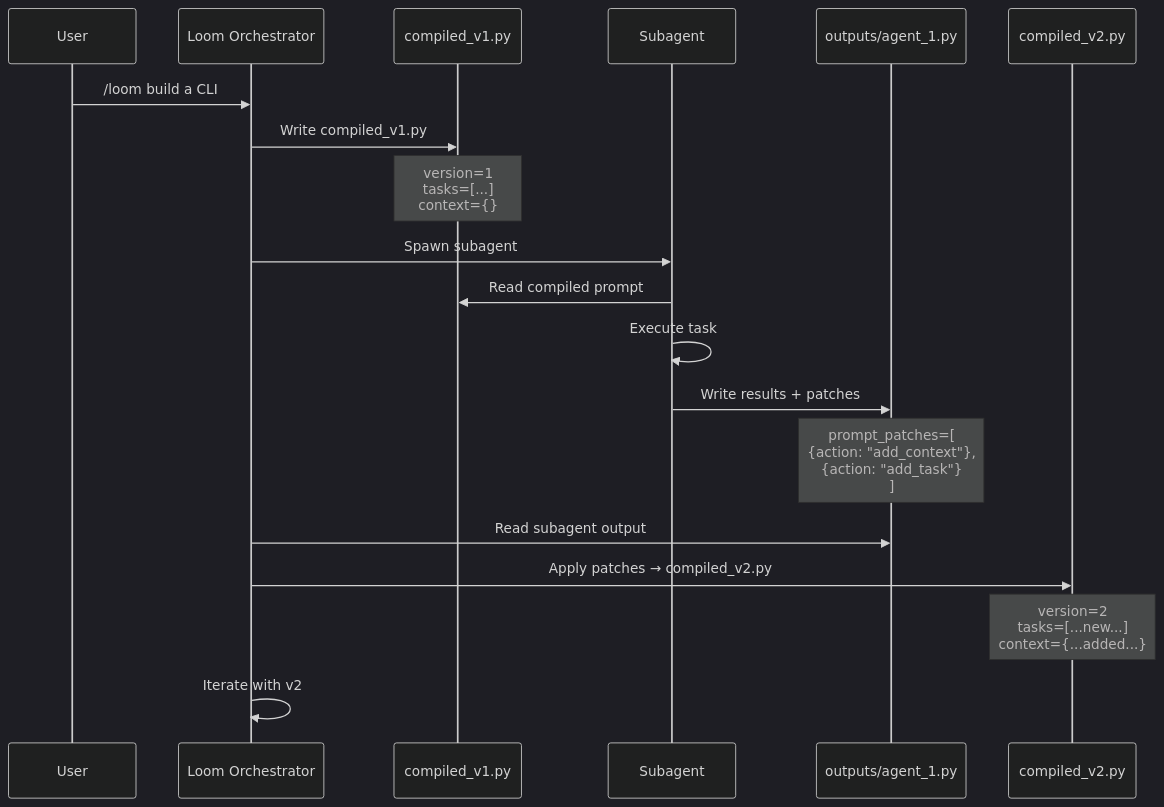
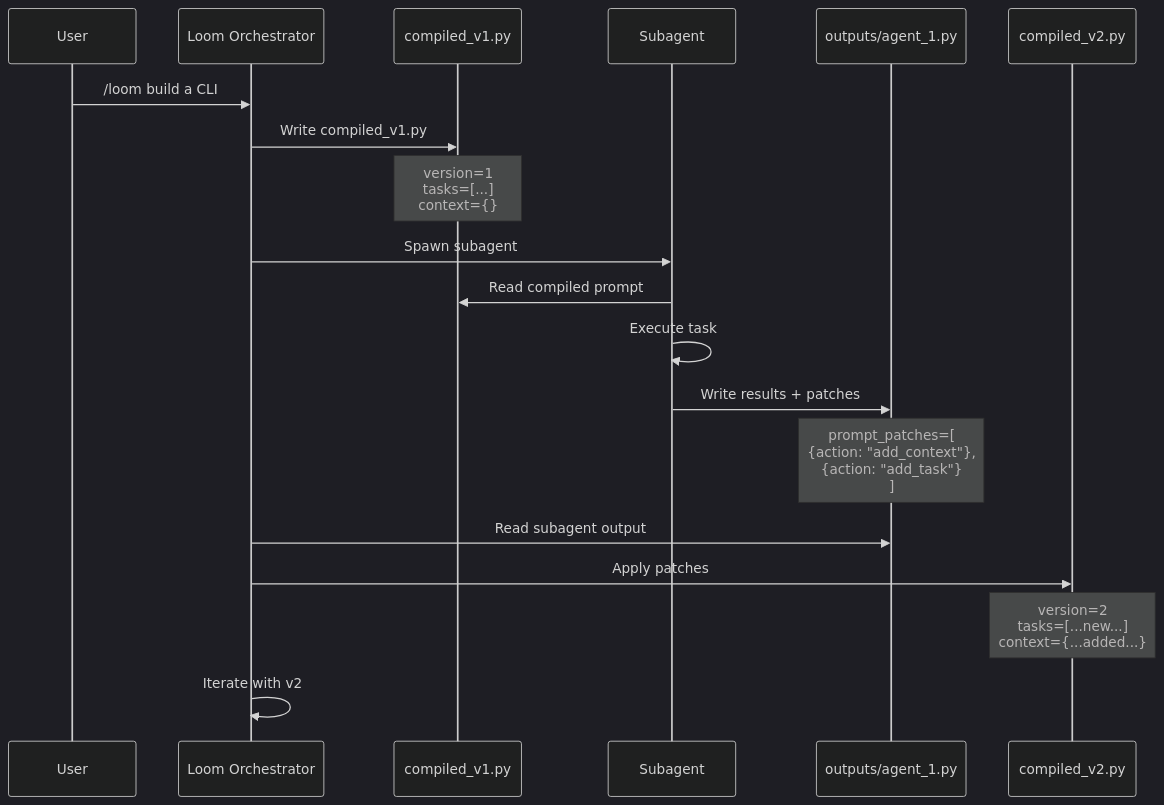
Before and after one commit to steelheadforever/Loom: the eighth of 9 diagrams in DIAGRAMS.md, drawn with Mermaid (dark theme). The commit also changed other lines of this file and 9 other files, not shown here.

````diff
--- a/DIAGRAMS.md
+++ b/DIAGRAMS.md
@@ -395,25 +327,25 @@
 ```mermaid
 sequenceDiagram
     participant U as User
     participant L as Loom Orchestrator
     participant C as compiled_v1.py
     participant S as Subagent
     participant O as outputs/agent_1.py
     participant C2 as compiled_v2.py
 
     U->>L: /loom build a CLI
     L->>C: Write compiled_v1.py
     Note over C: version=1<br/>tasks=[...]<br/>context={}
 
     L->>S: Spawn subagent
     S->>C: Read compiled prompt
     S->>S: Execute task
     S->>O: Write results + patches
     Note over O: prompt_patches=[<br/>  {action: "add_context"},<br/>  {action: "add_task"}<br/>]
 
     L->>O: Read subagent output
-    L->>C2: Apply patches → compiled_v2.py
+    L->>C2: Apply patches
     Note over C2: version=2<br/>tasks=[...new...]<br/>context={...added...}
 
     L->>L: Iterate with v2
 ```
````
